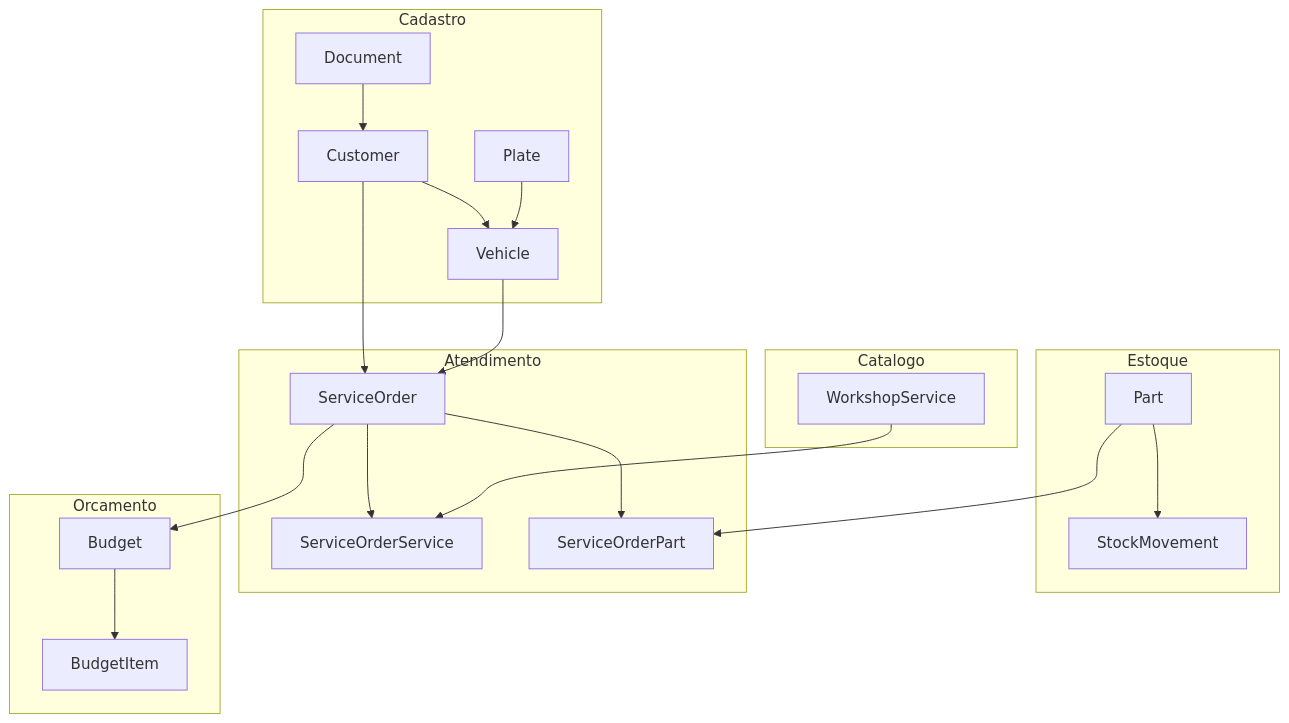
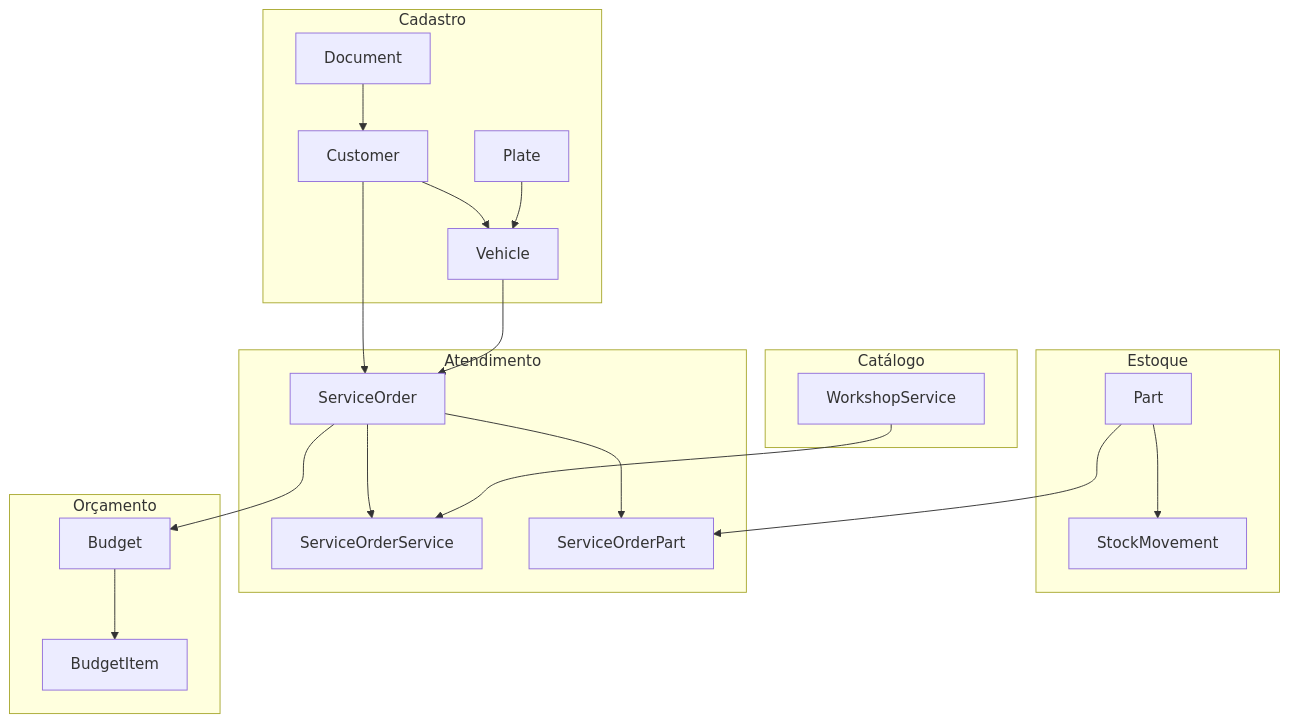
One commit to yxsbx/SOAT-FIAP changed the second of 4 diagrams in docs/DDD_DOCUMENTATION.md. Above: the diagram before and after it, drawn with Mermaid. The commit also changed other lines of this file and 13 other files, not shown here.

````diff
--- a/docs/DDD_DOCUMENTATION.md
+++ b/docs/DDD_DOCUMENTATION.md
@@ -363,42 +361,42 @@
 ```mermaid
 flowchart TB
     subgraph CAD["Cadastro"]
         Customer["Customer"]
         Vehicle["Vehicle"]
         Document["Document"]
         Plate["Plate"]
     end
 
-    subgraph CAT["Catalogo"]
+    subgraph CAT["Catálogo"]
         WorkshopService["WorkshopService"]
     end
 
     subgraph EST["Estoque"]
         Part["Part"]
         StockMovement["StockMovement"]
     end
 
     subgraph ATD["Atendimento"]
         ServiceOrder["ServiceOrder"]
         SOService["ServiceOrderService"]
         SOPart["ServiceOrderPart"]
     end
 
-    subgraph ORC["Orcamento"]
+    subgraph ORC["Orçamento"]
         Budget["Budget"]
         BudgetItem["BudgetItem"]
     end
 
     Document --> Customer
     Customer --> Vehicle
     Plate --> Vehicle
     Customer --> ServiceOrder
     Vehicle --> ServiceOrder
     ServiceOrder --> SOService
     ServiceOrder --> SOPart
     WorkshopService --> SOService
     Part --> SOPart
     ServiceOrder --> Budget
     Budget --> BudgetItem
     Part --> StockMovement
 ```
````
